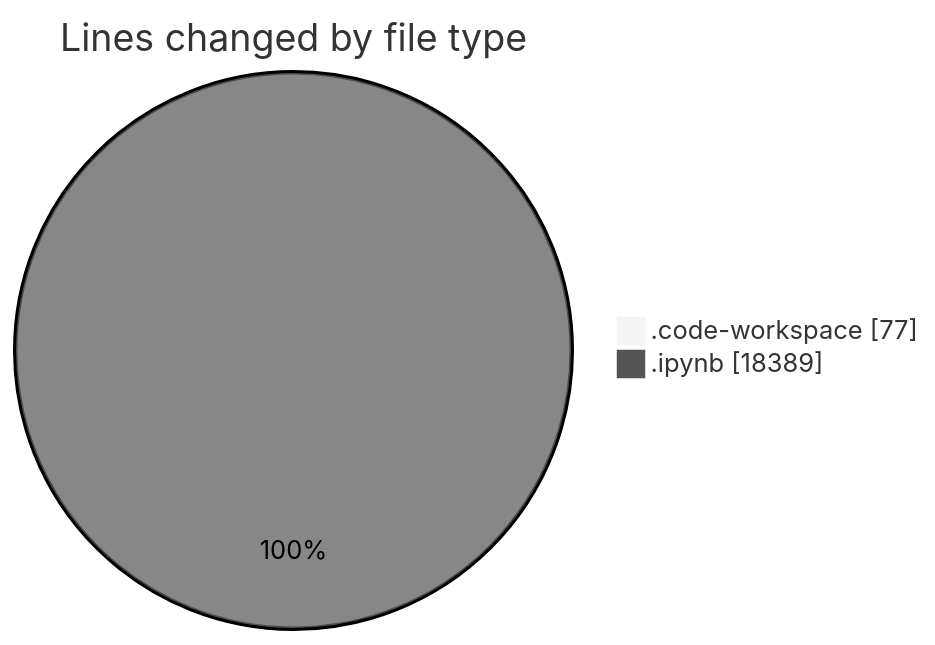
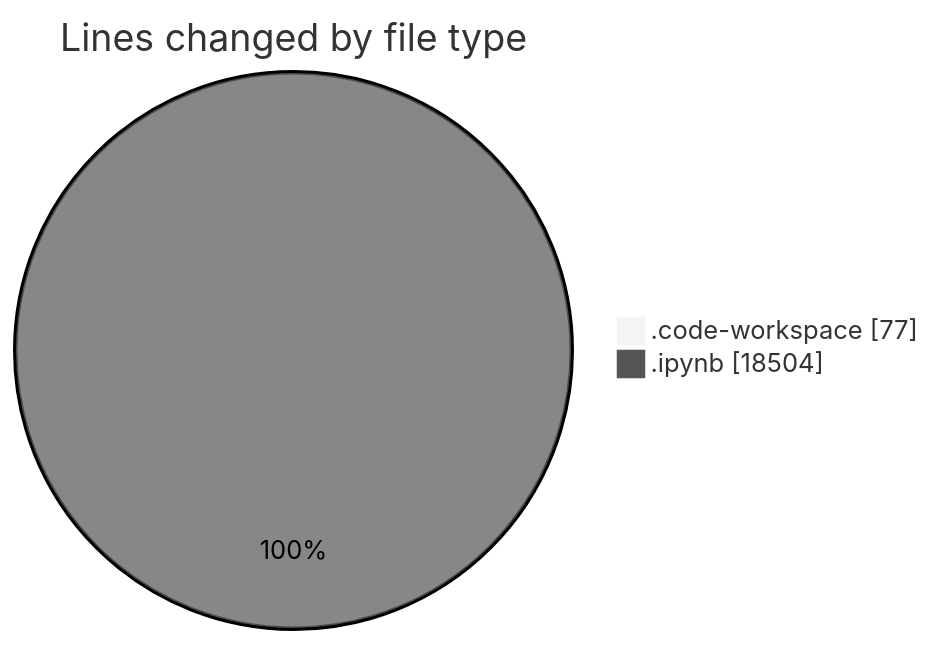
One commit to MatusMokan/code-tracking changed the first of 2 diagrams in 2025-03-14/myws__workspace_/README.md. Above: the diagram before and after it, drawn with Mermaid (neutral theme). The commit also changed other lines of this file and 1 other file, not shown here.

````diff
--- a/2025-03-14/myws__workspace_/README.md
+++ b/2025-03-14/myws__workspace_/README.md
@@ -22,6 +22,6 @@
 ```mermaid
 pie showData
 title Lines changed by file type
 ".code-workspace" : 77
-".ipynb" : 18389
+".ipynb" : 18504
 ```
````
